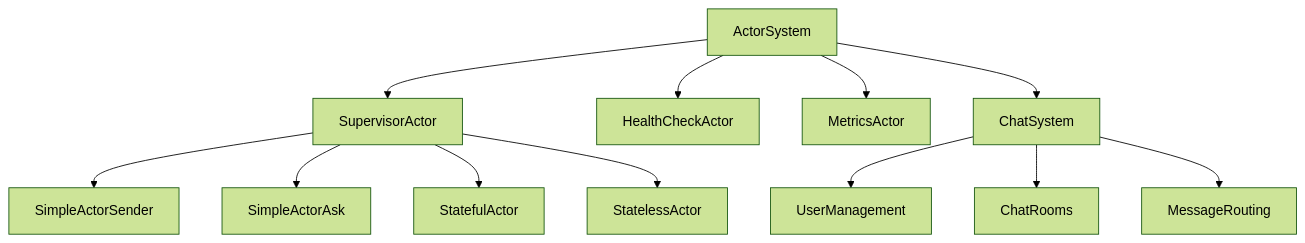
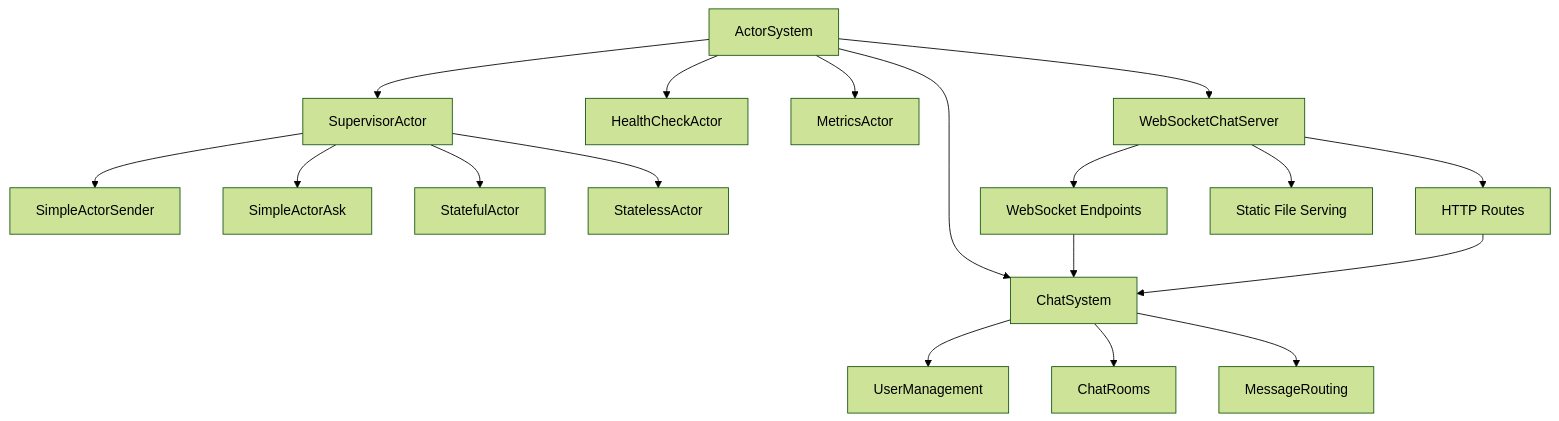
One commit to techishthoughts-org/actor-model-in-the-jvm-world changed the diagram in README.md. Above: the diagram before and after it, drawn with Mermaid (forest theme). The commit also changed other lines of this file, not shown here.

First line of the commit message:
Update README with WebSocket chat system documentation

````diff
--- a/README.md
+++ b/README.md
@@ -58,16 +63,24 @@
 ```mermaid
 graph TD
     A[ActorSystem] --> B[SupervisorActor]
     A --> C[HealthCheckActor]
     A --> D[MetricsActor]
     A --> E[ChatSystem]
+    A --> W[WebSocketChatServer]
 
     B --> F[SimpleActorSender]
     B --> G[SimpleActorAsk]
     B --> H[StatefulActor]
     B --> I[StatelessActor]
 
     E --> J[UserManagement]
     E --> K[ChatRooms]
     E --> L[MessageRouting]
+
+    W --> M[HTTP Routes]
+    W --> N[WebSocket Endpoints]
+    W --> O[Static File Serving]
+
+    N --> E
+    M --> E
 ```
````
